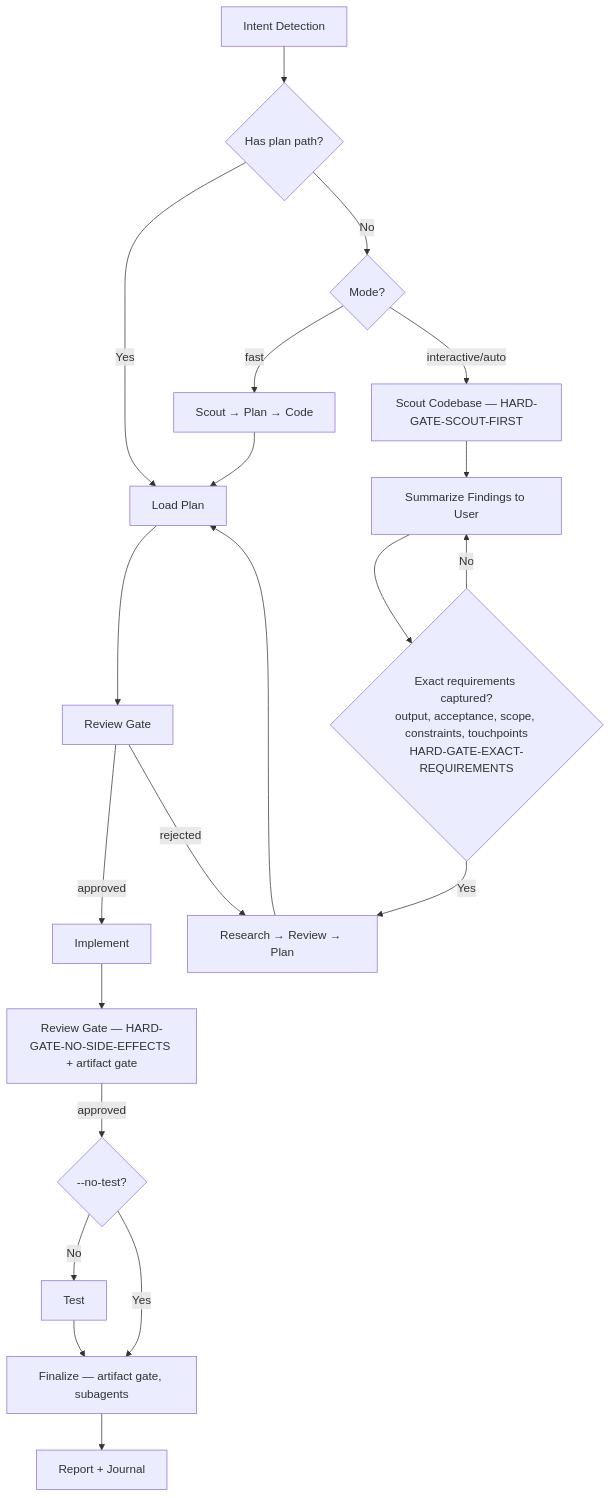
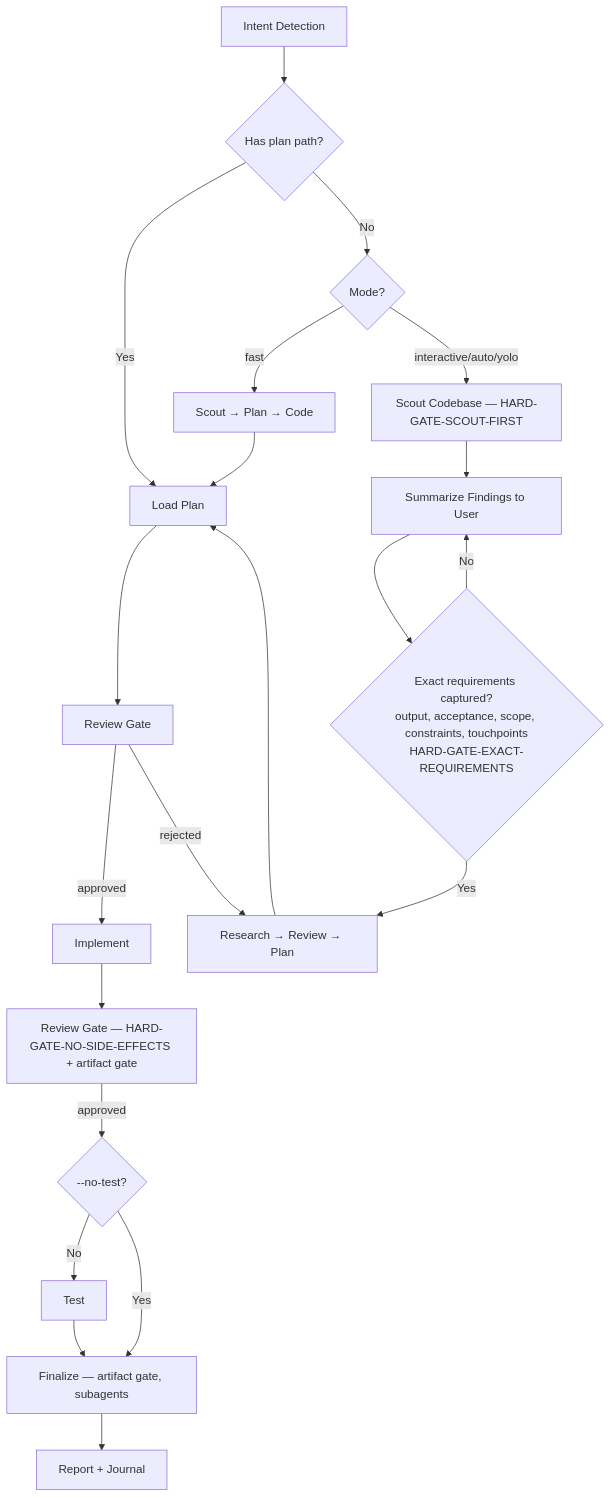
One commit to DuyMaiBui/GrassInteract changed the diagram in .claude/skills/t1k-cook/SKILL.md. Above: the diagram before and after it, drawn with Mermaid. The commit also changed other lines of this file and 107 other files, not shown here.

````diff
--- a/.claude/skills/t1k-cook/SKILL.md
+++ b/.claude/skills/t1k-cook/SKILL.md
@@ -86,23 +87,23 @@
 ```mermaid
 flowchart TD
     A[Intent Detection] --> B{Has plan path?}
     B -->|Yes| F[Load Plan]
     B -->|No| C{Mode?}
     C -->|fast| D[Scout → Plan → Code]
-    C -->|interactive/auto| SC[Scout Codebase — HARD-GATE-SCOUT-FIRST]
+    C -->|interactive/auto/yolo| SC[Scout Codebase — HARD-GATE-SCOUT-FIRST]
     SC --> SR[Summarize Findings to User]
     SR --> RQ{Exact requirements captured?<br/>output, acceptance, scope, constraints, touchpoints<br/>HARD-GATE-EXACT-REQUIREMENTS}
     RQ -->|No| SR
     RQ -->|Yes| E[Research → Review → Plan]
     E --> F
     D --> F
     F --> G[Review Gate]
     G -->|approved| H[Implement]
     G -->|rejected| E
     H --> I[Review Gate — HARD-GATE-NO-SIDE-EFFECTS + artifact gate]
     I -->|approved| J{--no-test?}
     J -->|No| K[Test]
     J -->|Yes| L[Finalize — artifact gate, subagents]
     K --> L
     L --> M[Report + Journal]
 ```
````
